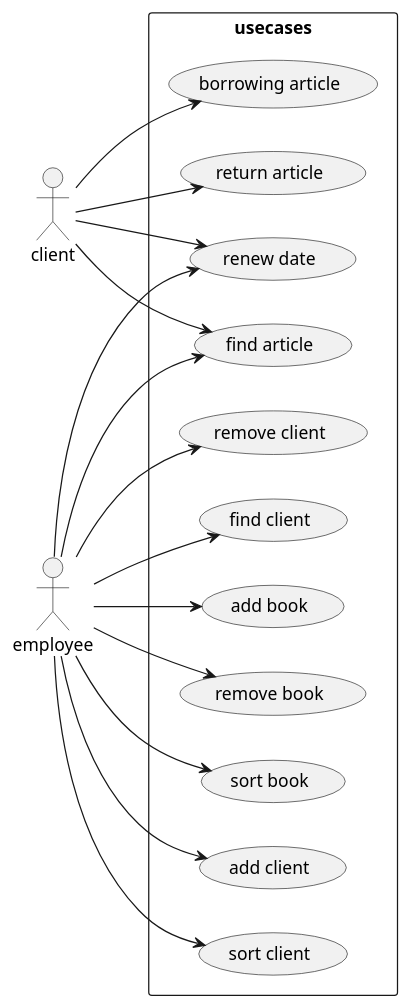
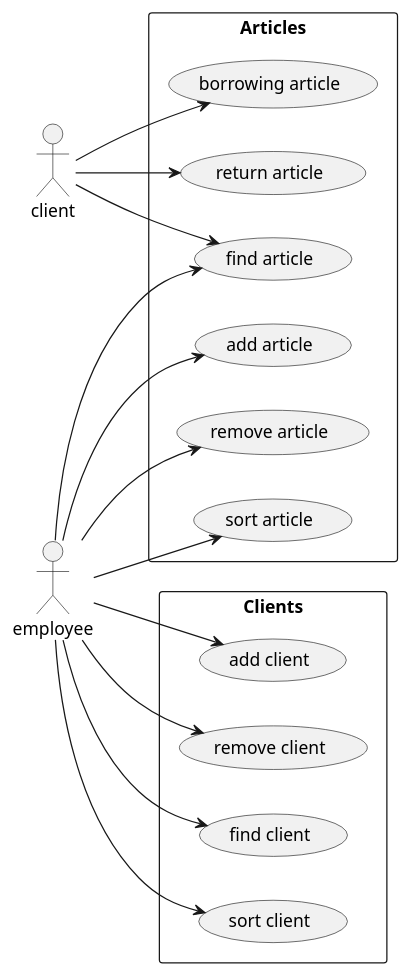
Before and after one commit to RaphaelZintec/Bibliotheek: the diagram in analysis/UseCaseDiagram.puml, drawn with PlantUML. The commit also changed 17 other files, not shown here.

```diff
--- a/analysis/UseCaseDiagram.puml
+++ b/analysis/UseCaseDiagram.puml
@@ -1,36 +1,33 @@
 @startuml
 left to right direction
 
+rectangle Articles {
+(find article) as findArticle
+(borrowing article) as borrowArticle
+(return article) as returnArticle
+(add article) as addArticle
+(remove article) as removeArticle
+(sort article) as sortArticle
+}
 
-
-rectangle usecases {
-(borrowing article) as borrow
-(return article) as returnarticle
-(renew date) as renew
-(find article) as find
-
-(add book) as add
-(remove book) as remove
-(sort book) as sortBook
+rectangle Clients {
 (add client) as addClient
-(sort client) as sortClient
 (remove client) as removeClient
 (find client) as findClient
+(sort client) as sortClient
 }
 
-client -->  borrow
-client --> returnarticle
-client --> renew
-client --> find
+client --> borrowArticle
+client --> returnArticle
+client --> findArticle
 
-employee --> add
-employee --> remove
-employee --> find
-employee --> sortBook
+employee --> addArticle
+employee --> removeArticle
+employee --> findArticle
+employee --> sortArticle
 employee --> addClient
+employee --> removeClient
+employee --> findClient
 employee --> sortClient
-employee --> findClient
-employee --> removeClient
-employee --> renew
 
 @enduml
```
